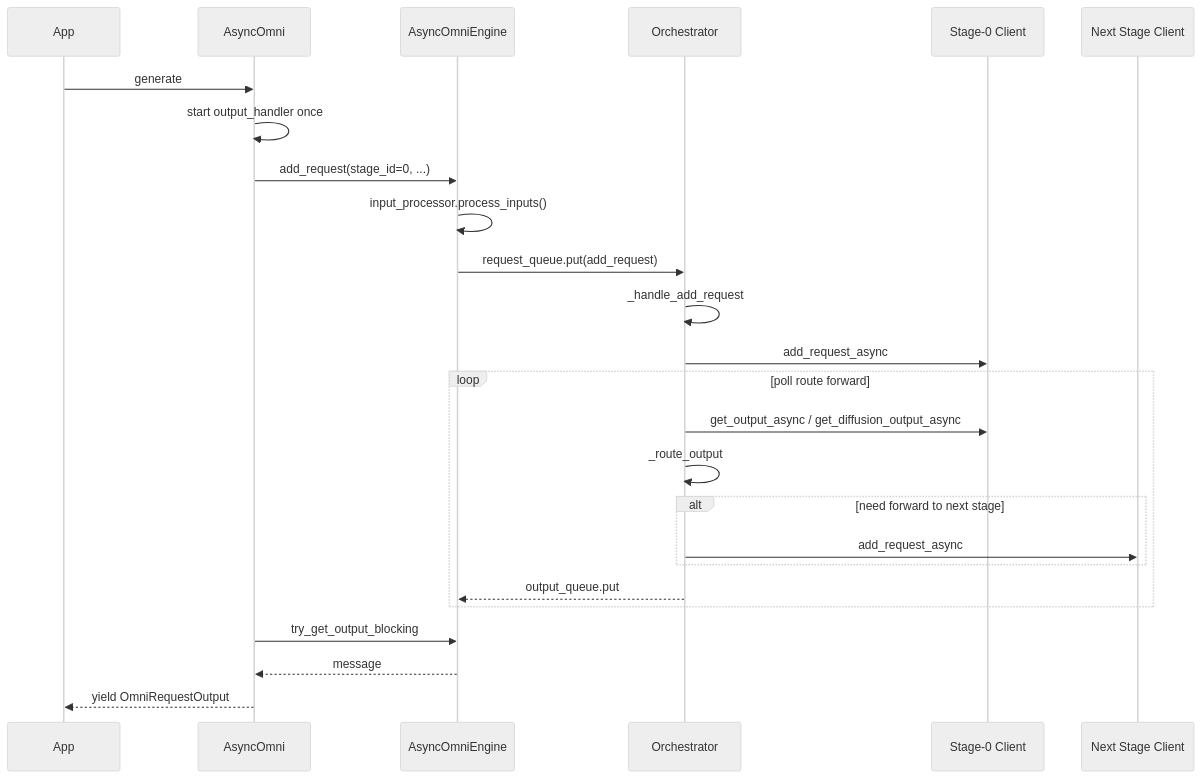
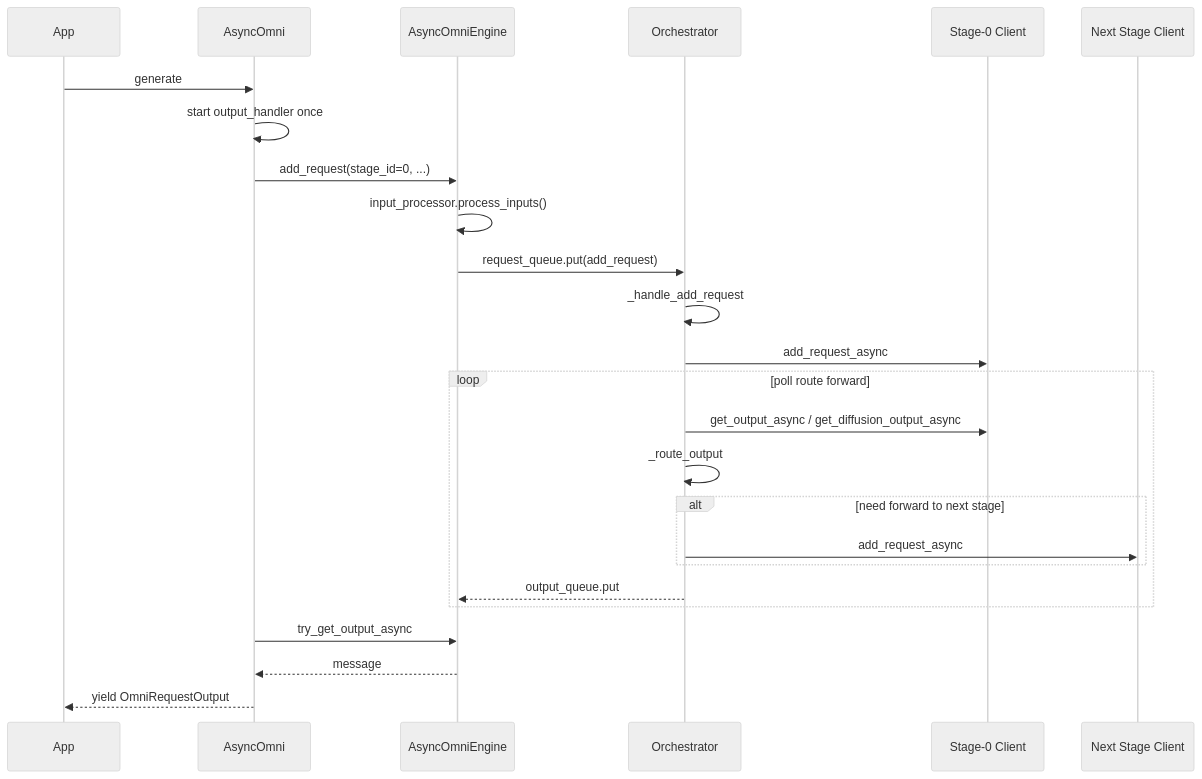
The diagram in docs/design/module/async_omni_architecture.md (nussejzz/vllm-omni), drawn with Mermaid (neutral theme) before and after one commit. The commit also changed other lines of this file and 13 other files, not shown here.

````diff
--- a/docs/design/module/async_omni_architecture.md
+++ b/docs/design/module/async_omni_architecture.md
@@ -96,31 +96,31 @@
 ```mermaid
 sequenceDiagram
     participant APP as App
     participant AO as AsyncOmni
     participant ENG as AsyncOmniEngine
     participant ORCH as Orchestrator
     participant S0 as Stage-0 Client
     participant SN as Next Stage Client
 
     APP->>AO: generate
     AO->>AO: start output_handler once
     AO->>ENG: add_request(stage_id=0, ...)
     ENG->>ENG: input_processor.process_inputs()
     ENG->>ORCH: request_queue.put(add_request)
 
     ORCH->>ORCH: _handle_add_request
     ORCH->>S0: add_request_async
 
     loop poll route forward
         ORCH->>S0: get_output_async / get_diffusion_output_async
         ORCH->>ORCH: _route_output
         alt need forward to next stage
             ORCH->>SN: add_request_async
         end
         ORCH-->>ENG: output_queue.put
     end
 
-    AO->>ENG: try_get_output_blocking
+    AO->>ENG: try_get_output_async
     ENG-->>AO: message
     AO-->>APP: yield OmniRequestOutput
 ```
````
